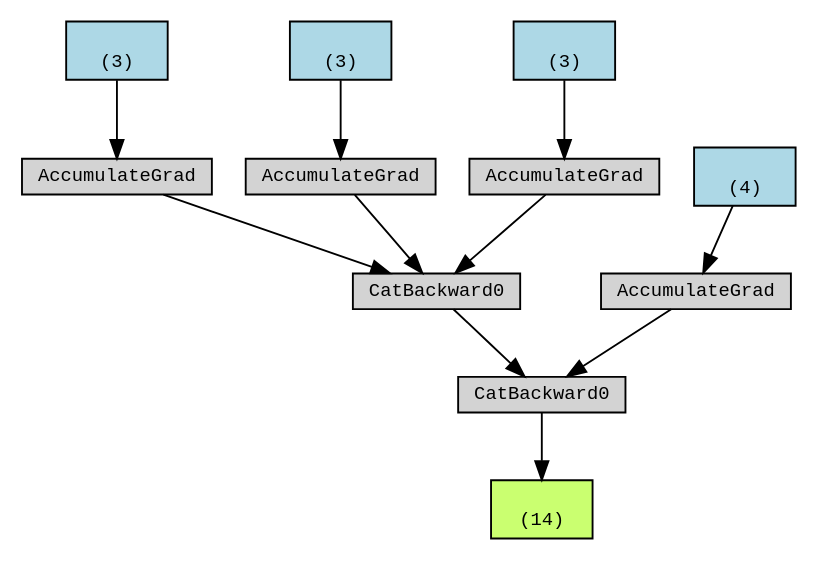
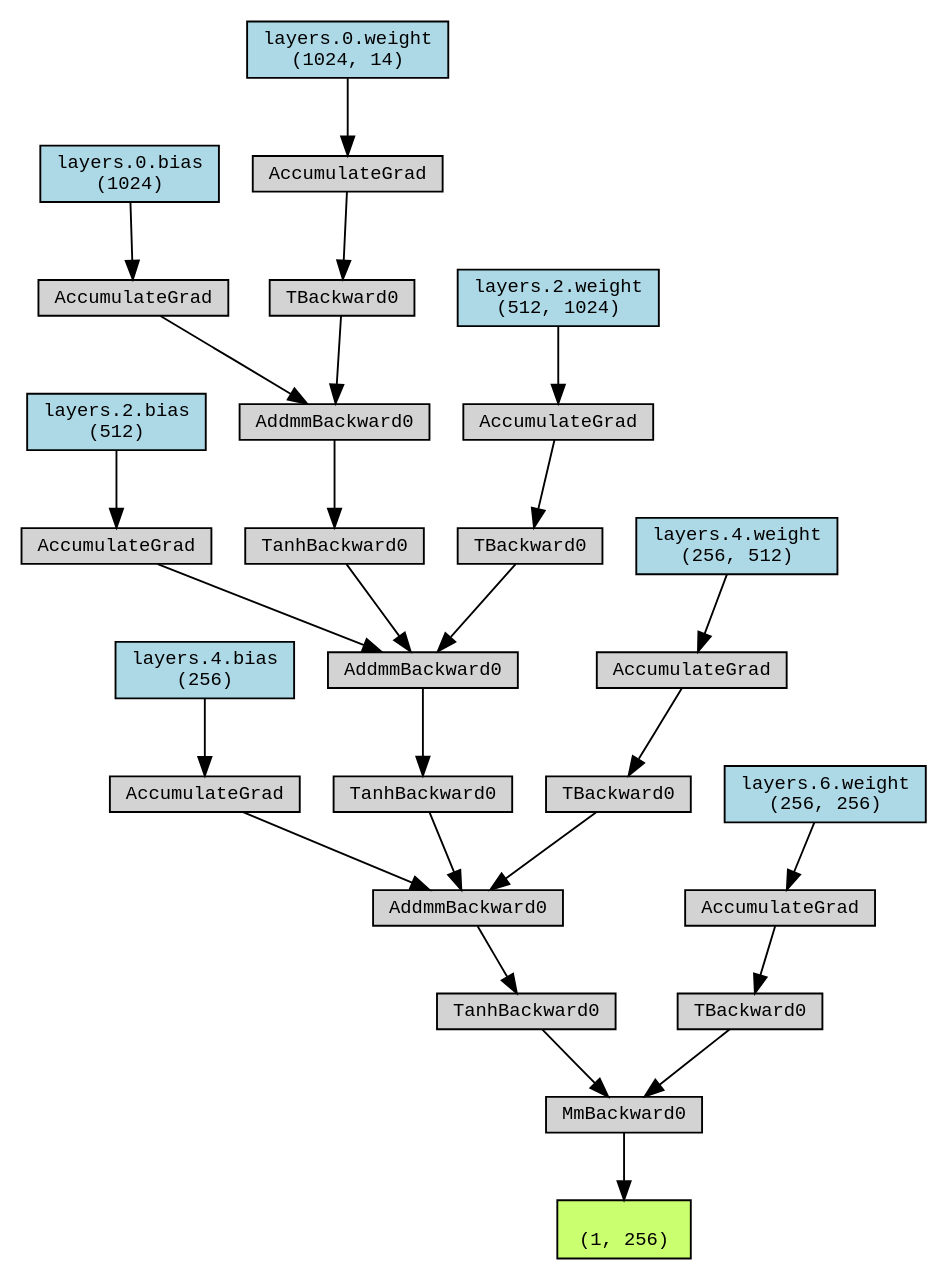
The diagram in doctest-output/Digraph.gv (pmikola/RL_SARSA), drawn with Graphviz before and after one commit. The commit also changed 2 other files, not shown here.

```diff
--- a/doctest-output/Digraph.gv
+++ b/doctest-output/Digraph.gv
@@ -1,30 +1,63 @@
 digraph {
 	graph [size="12,12"]
 	node [align=left fontname=monospace fontsize=10 height=0.2 ranksep=0.1 shape=box style=filled]
-	1371294316512 [label="
- (14)" fillcolor=darkolivegreen1]
-	1371293919904 [label=CatBackward0]
-	1371293919760 -> 1371293919904
-	1371293919760 [label=CatBackward0]
-	1371293919664 -> 1371293919760
-	1371294318512 [label="
- (3)" fillcolor=lightblue]
-	1371294318512 -> 1371293919664
-	1371293919664 [label=AccumulateGrad]
-	1371293921920 -> 1371293919760
-	1371294315472 [label="
- (3)" fillcolor=lightblue]
-	1371294315472 -> 1371293921920
-	1371293921920 [label=AccumulateGrad]
-	1371293919952 -> 1371293919760
-	1371294318432 [label="
- (3)" fillcolor=lightblue]
-	1371294318432 -> 1371293919952
-	1371293919952 [label=AccumulateGrad]
-	1371293920000 -> 1371293919904
-	1371294315712 [label="
- (4)" fillcolor=lightblue]
-	1371294315712 -> 1371293920000
-	1371293920000 [label=AccumulateGrad]
-	1371293919904 -> 1371294316512
+	1218532672752 [label="
+ (1, 256)" fillcolor=darkolivegreen1]
+	1215733144768 [label=MmBackward0]
+	1215733144912 -> 1215733144768
+	1215733144912 [label=TanhBackward0]
+	1215733144816 -> 1215733144912
+	1215733144816 [label=AddmmBackward0]
+	1215733141456 -> 1215733144816
+	1217415993504 [label="layers.4.bias
+ (256)" fillcolor=lightblue]
+	1217415993504 -> 1215733141456
+	1215733141456 [label=AccumulateGrad]
+	1215733144288 -> 1215733144816
+	1215733144288 [label=TanhBackward0]
+	1215733144384 -> 1215733144288
+	1215733144384 [label=AddmmBackward0]
+	1215733141744 -> 1215733144384
+	1217415993424 [label="layers.2.bias
+ (512)" fillcolor=lightblue]
+	1217415993424 -> 1215733141744
+	1215733141744 [label=AccumulateGrad]
+	1215733144576 -> 1215733144384
+	1215733144576 [label=TanhBackward0]
+	1215733145296 -> 1215733144576
+	1215733145296 [label=AddmmBackward0]
+	1215733142032 -> 1215733145296
+	1217415992304 [label="layers.0.bias
+ (1024)" fillcolor=lightblue]
+	1217415992304 -> 1215733142032
+	1215733142032 [label=AccumulateGrad]
+	1215733145488 -> 1215733145296
+	1215733145488 [label=TBackward0]
+	1215733142080 -> 1215733145488
+	1217415136176 [label="layers.0.weight
+ (1024, 14)" fillcolor=lightblue]
+	1217415136176 -> 1215733142080
+	1215733142080 [label=AccumulateGrad]
+	1215733144528 -> 1215733144384
+	1215733144528 [label=TBackward0]
+	1215733142128 -> 1215733144528
+	1217415992224 [label="layers.2.weight
+ (512, 1024)" fillcolor=lightblue]
+	1217415992224 -> 1215733142128
+	1215733142128 [label=AccumulateGrad]
+	1215733143280 -> 1215733144816
+	1215733143280 [label=TBackward0]
+	1215733141936 -> 1215733143280
+	1217415993104 [label="layers.4.weight
+ (256, 512)" fillcolor=lightblue]
+	1217415993104 -> 1215733141936
+	1215733141936 [label=AccumulateGrad]
+	1215733144720 -> 1215733144768
+	1215733144720 [label=TBackward0]
+	1215733141792 -> 1215733144720
+	1217415993584 [label="layers.6.weight
+ (256, 256)" fillcolor=lightblue]
+	1217415993584 -> 1215733141792
+	1215733141792 [label=AccumulateGrad]
+	1215733144768 -> 1218532672752
 }
```
